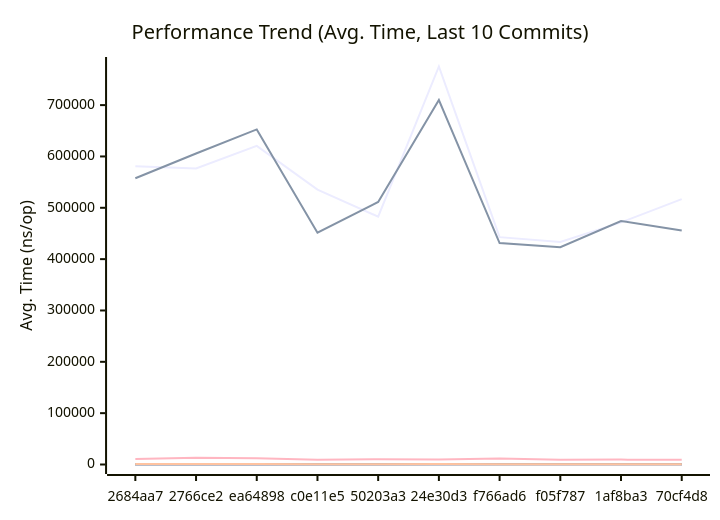
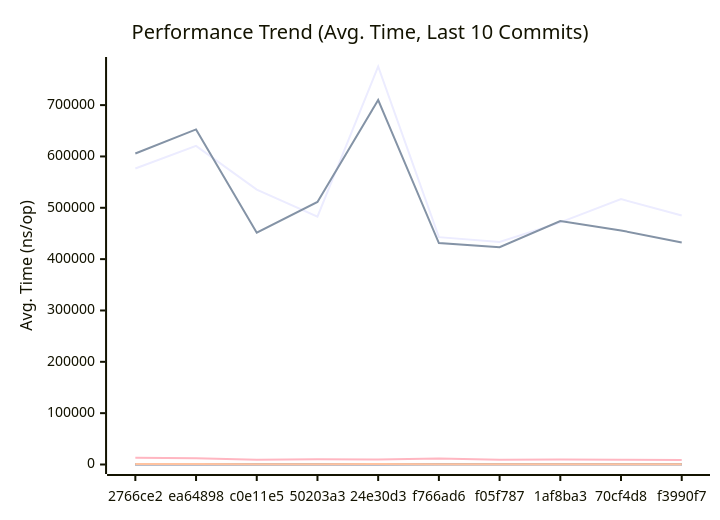
One commit to alsotoes/momo changed the first of 3 diagrams in docs/PERFORMANCE.md. Above: the diagram before and after it, drawn with Mermaid. The commit also changed other lines of this file and 2 other files, not shown here.

````diff
--- a/docs/PERFORMANCE.md
+++ b/docs/PERFORMANCE.md
@@ -145,20 +145,20 @@
 ```mermaid
 xychart-beta
     title "Performance Trend (Avg. Time, Last 10 Commits)"
     x-axis "Commit"
     y-axis "Avg. Time (ns/op)"
-    x-axis [2684aa7,2766ce2,ea64898,c0e11e5,50203a3,24e30d3,f766ad6,f05f787,1af8ba3,70cf4d8]
-    line "AWSChunkedReaderSigned" [580705,576464,620631,535526,482680,775197,442836,433269,471486,516881]
-    line "AWSChunkedReaderUnsigned" [557512,605728,652637,451534,511362,709921,431233,423356,474357,455846]
-    line "CheckMetricsAndSwap" [10,11,10,9,10,9,8,8,8,10]
-    line "CrushOptimized" [368,415,420,335,311,403,380,323,350,364]
-    line "CrushOriginal" [598,664,874,456,584,546,566,539,458,474]
-    line "IndexDirectTracking" [0,0,0,1,0,0,0,0,0,0]
-    line "IndexSearch" [3,4,3,3,3,3,3,3,3,3]
-    line "LoadGlobalConfig" [10842,13042,12014,9184,10419,9722,11718,9120,9517,9076]
-    line "PadString" [55,63,56,46,48,53,45,44,44,45]
+    x-axis [2766ce2,ea64898,c0e11e5,50203a3,24e30d3,f766ad6,f05f787,1af8ba3,70cf4d8,f3990f7]
+    line "AWSChunkedReaderSigned" [576464,620631,535526,482680,775197,442836,433269,471486,516881,484985]
+    line "AWSChunkedReaderUnsigned" [605728,652637,451534,511362,709921,431233,423356,474357,455846,432458]
+    line "CheckMetricsAndSwap" [11,10,9,10,9,8,8,8,10,9]
+    line "CrushOptimized" [415,420,335,311,403,380,323,350,364,328]
+    line "CrushOriginal" [664,874,456,584,546,566,539,458,474,599]
+    line "IndexDirectTracking" [0,0,1,0,0,0,0,0,0,0]
+    line "IndexSearch" [4,3,3,3,3,3,3,3,3,3]
+    line "LoadGlobalConfig" [13042,12014,9184,10419,9722,11718,9120,9517,9076,8821]
+    line "PadString" [63,56,46,48,53,45,44,44,45,42]
     line "ParseReplicationOrder_NoPrealloc" [350,349,357,354,345,225,229,165,232,234]
     line "ParseReplicationOrder_Prealloc" [229,231,237,234,229,108,107,80,110,109]
-    line "SanitizeLog/Safe" [530,569,614,504,554,457,620,444,474,429]
-    line "SanitizeLog/Unsafe" [734,816,804,636,638,832,535,520,580,718]
+    line "SanitizeLog/Safe" [569,614,504,554,457,620,444,474,429,418]
+    line "SanitizeLog/Unsafe" [816,804,636,638,832,535,520,580,718,563]
 ```
````
